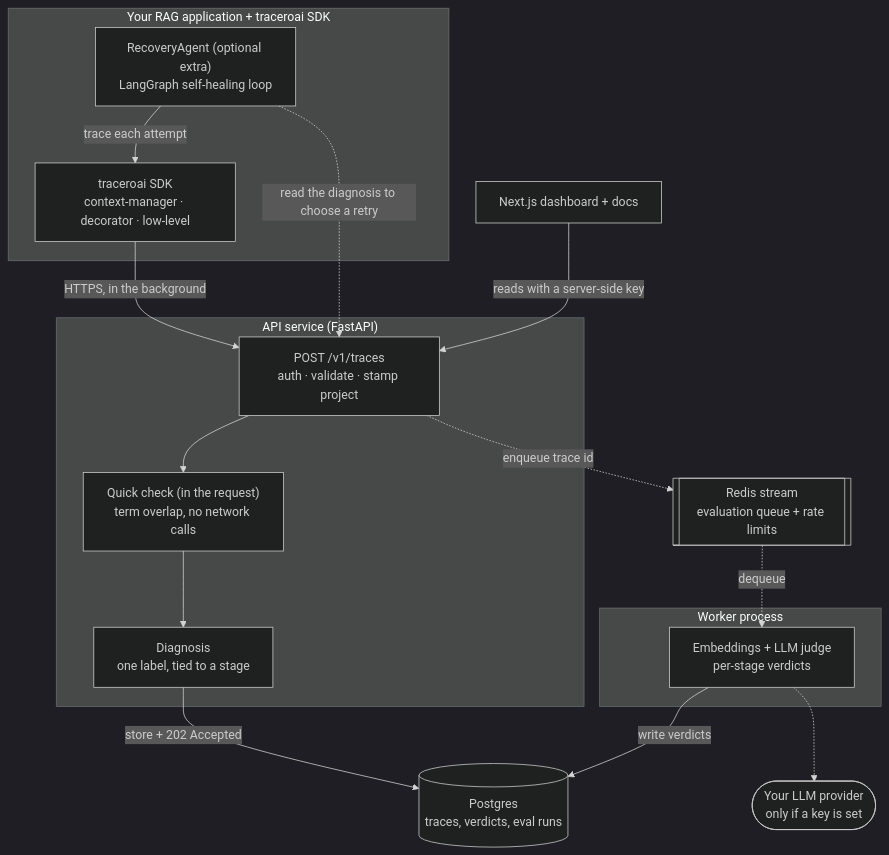
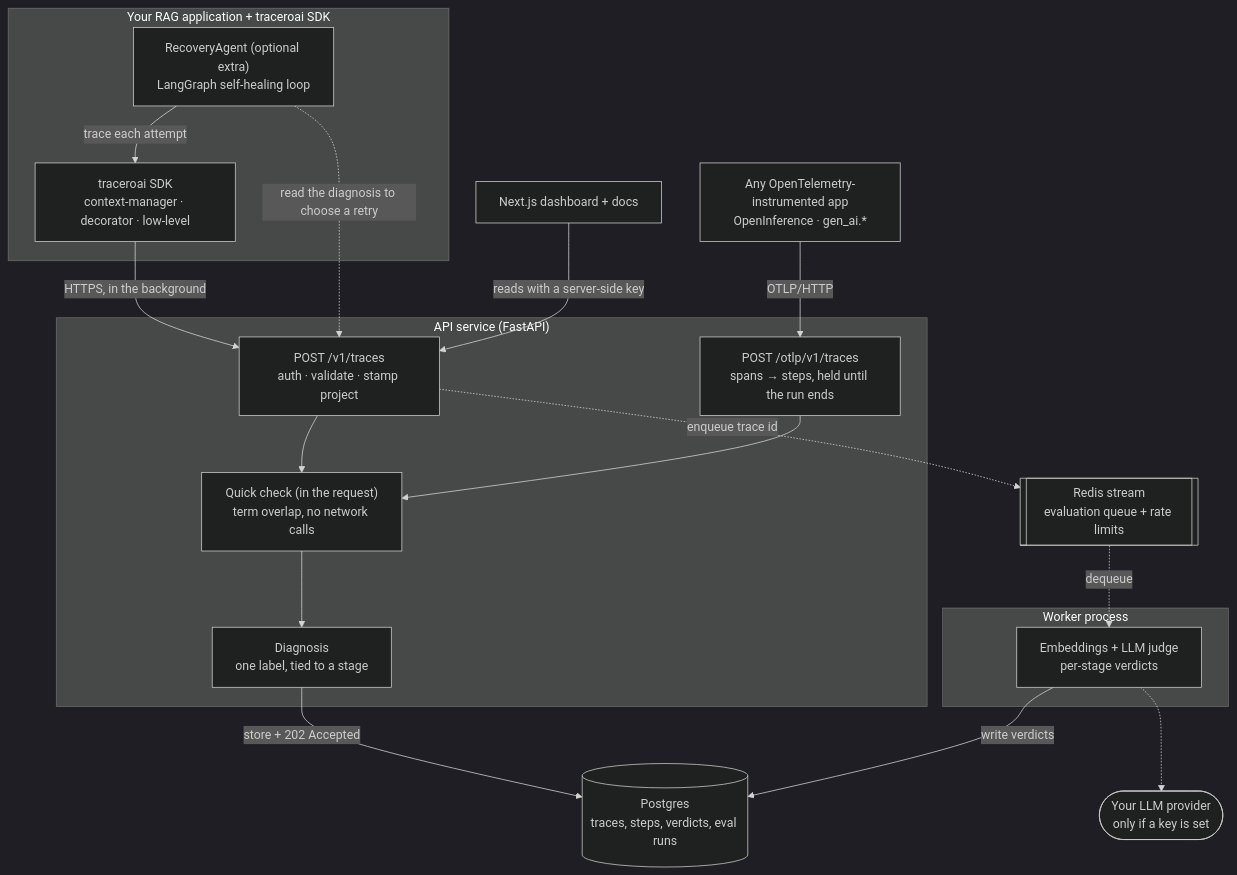
One commit to chinmai-sd-123/TraceroAI changed the diagram in README.md. Above: the diagram before and after it, drawn with Mermaid (dark theme). The commit also changed other lines of this file, not shown here.

First line of the commit message:
README: OpenTelemetry ingest, steps, issues, self-hosting

````diff
--- a/README.md
+++ b/README.md
@@ -103,35 +114,40 @@
 ```mermaid
 flowchart TB
     subgraph client["Your RAG application + traceroai SDK"]
         SDK["traceroai SDK<br/>context-manager · decorator · low-level"]
         RECOVERY["RecoveryAgent (optional extra)<br/>LangGraph self-healing loop"]
     end
 
+    OTELAPP["Any OpenTelemetry-instrumented app<br/>OpenInference · gen_ai.*"]
+
     subgraph api["API service (FastAPI)"]
         INGEST["POST /v1/traces<br/>auth · validate · stamp project"]
+        OTLP["POST /otlp/v1/traces<br/>spans → steps, held until the run ends"]
         QUICK["Quick check (in the request)<br/>term overlap, no network calls"]
         DIAG["Diagnosis<br/>one label, tied to a stage"]
     end
 
     subgraph worker["Worker process"]
         DEEP["Embeddings + LLM judge<br/>per-stage verdicts"]
     end
 
-    PG[("Postgres<br/>traces, verdicts, eval runs")]
+    PG[("Postgres<br/>traces, steps, verdicts, eval runs")]
     REDIS[["Redis stream<br/>evaluation queue + rate limits"]]
     WEB["Next.js dashboard + docs"]
     EXT(["Your LLM provider<br/>only if a key is set"])
 
     SDK -->|"HTTPS, in the background"| INGEST
     RECOVERY -->|"trace each attempt"| SDK
     RECOVERY -.->|"read the diagnosis to choose a retry"| INGEST
     INGEST --> QUICK --> DIAG
+    OTELAPP -->|"OTLP/HTTP"| OTLP
+    OTLP --> QUICK
     DIAG -->|"store + 202 Accepted"| PG
     INGEST -.->|"enqueue trace id"| REDIS
 
     REDIS -.->|"dequeue"| DEEP
     DEEP -.-> EXT
     DEEP -->|"write verdicts"| PG
 
     WEB -->|"reads with a server-side key"| INGEST
 ```
````
